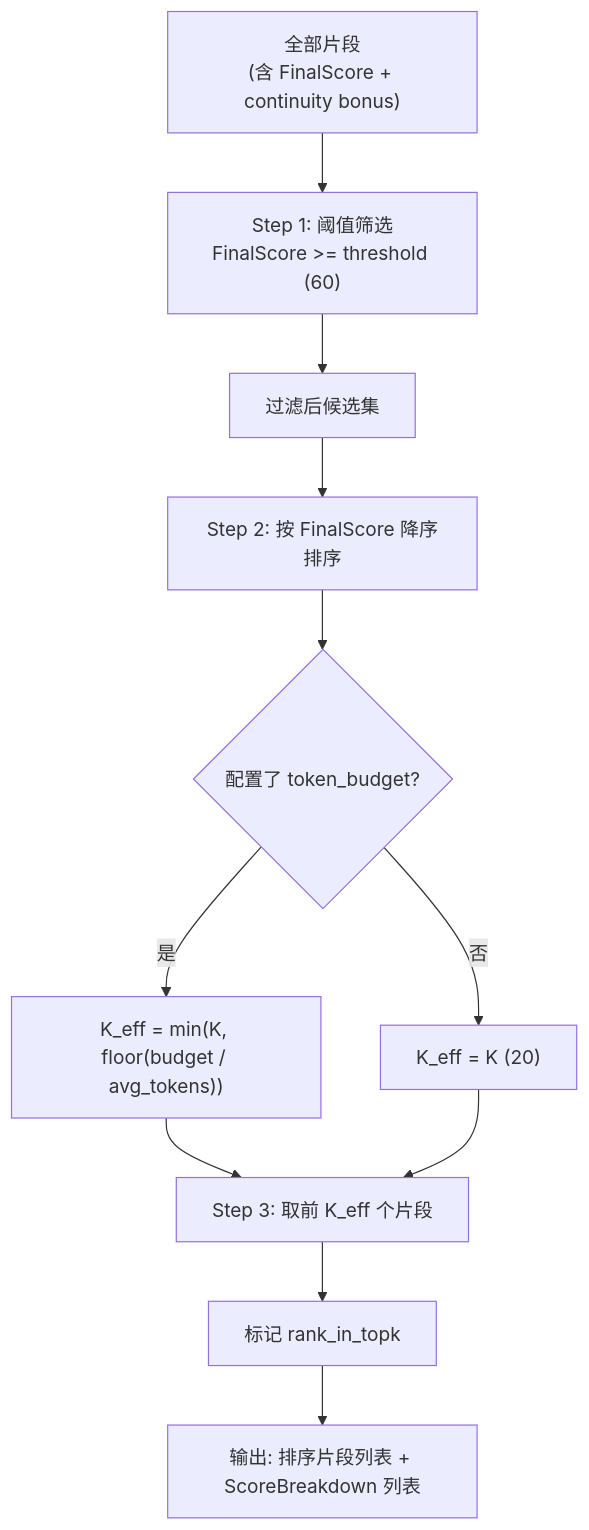
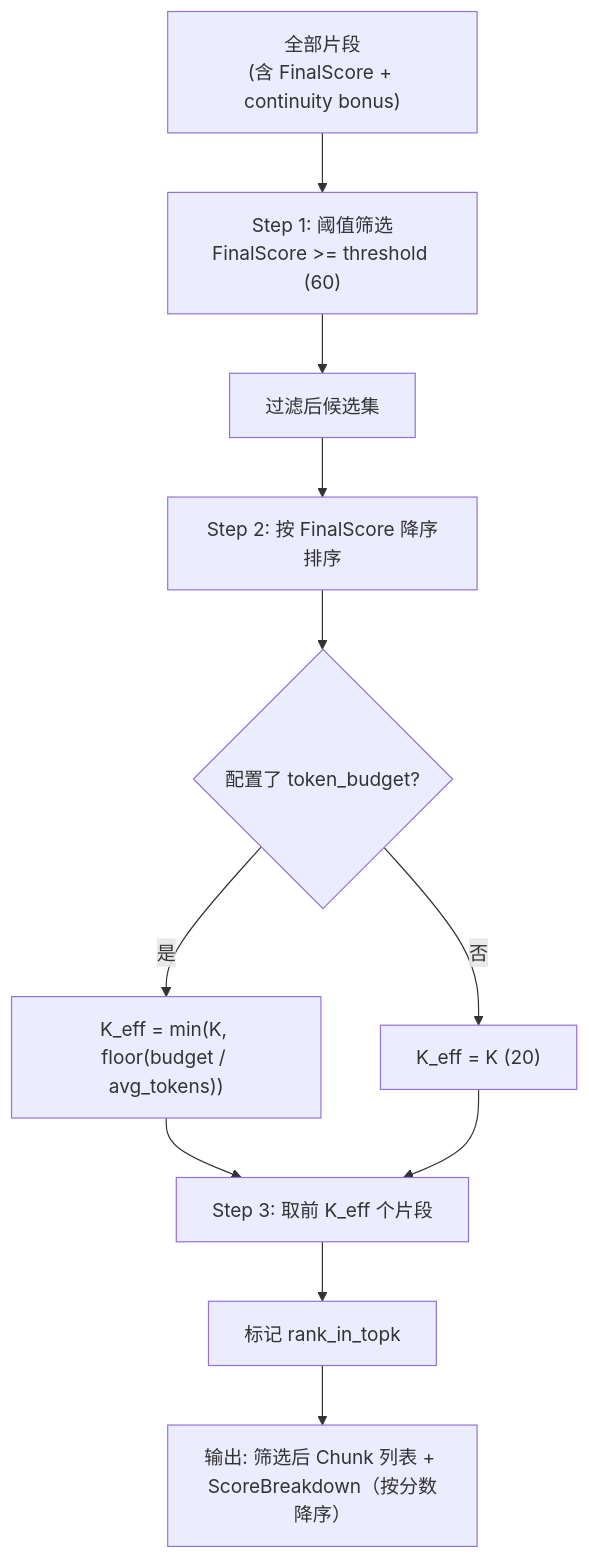
One commit to SherlockHao/summary-pipeline changed the fifth of 7 diagrams in docs/sections/arch_module3_scoring.md. Above: the diagram before and after it, drawn with Mermaid. The commit also changed other lines of this file and 8 other files, not shown here.

````diff
--- a/docs/sections/arch_module3_scoring.md
+++ b/docs/sections/arch_module3_scoring.md
@@ -621,13 +732,13 @@
 ```mermaid
 flowchart TD
     A["全部片段<br/>(含 FinalScore + continuity bonus)"] --> B["Step 1: 阈值筛选<br/>FinalScore >= threshold (60)"]
     B --> C["过滤后候选集"]
     C --> D["Step 2: 按 FinalScore 降序排序"]
     D --> E{"配置了 token_budget?"}
     E -- 是 --> F["K_eff = min(K, floor(budget / avg_tokens))"]
     E -- 否 --> G["K_eff = K (20)"]
     F --> H["Step 3: 取前 K_eff 个片段"]
     G --> H
     H --> I["标记 rank_in_topk"]
-    I --> J["输出: 排序片段列表 + ScoreBreakdown 列表"]
+    I --> J["输出: 筛选后 Chunk 列表 + ScoreBreakdown（按分数降序）"]
 ```
````
